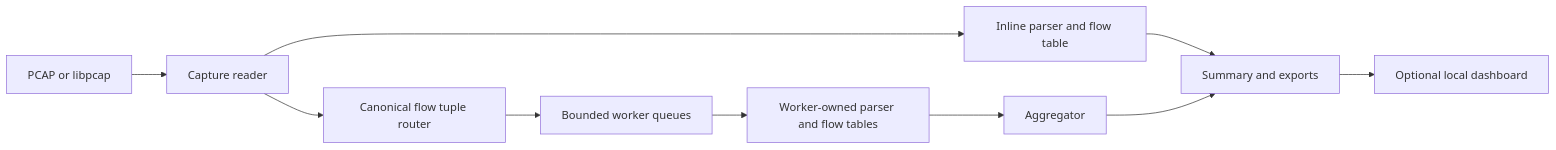
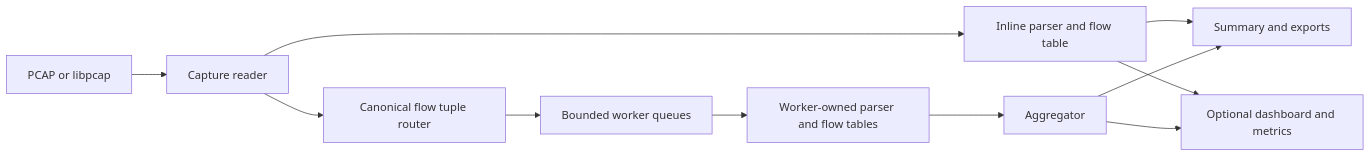
Before and after one commit to saadshabir/NetScope: the diagram in docs/design.md, drawn with Mermaid. The commit also changed other lines of this file and 6 other files, not shown here.

````diff
--- a/docs/design.md
+++ b/docs/design.md
@@ -7,12 +7,13 @@
 ```mermaid
 flowchart LR
     SRC[PCAP or libpcap] --> CAP[Capture reader]
     CAP --> INLINE[Inline parser and flow table]
     CAP --> ROUTE[Canonical flow tuple router]
     ROUTE --> QUEUES[Bounded worker queues]
     QUEUES --> WORKERS[Worker-owned parser and flow tables]
     WORKERS --> AGG[Aggregator]
     INLINE --> OUT[Summary and exports]
     AGG --> OUT
-    OUT --> WEB[Optional local dashboard]
+    INLINE --> WEB[Optional dashboard and metrics]
+    AGG --> WEB
 ```
````
